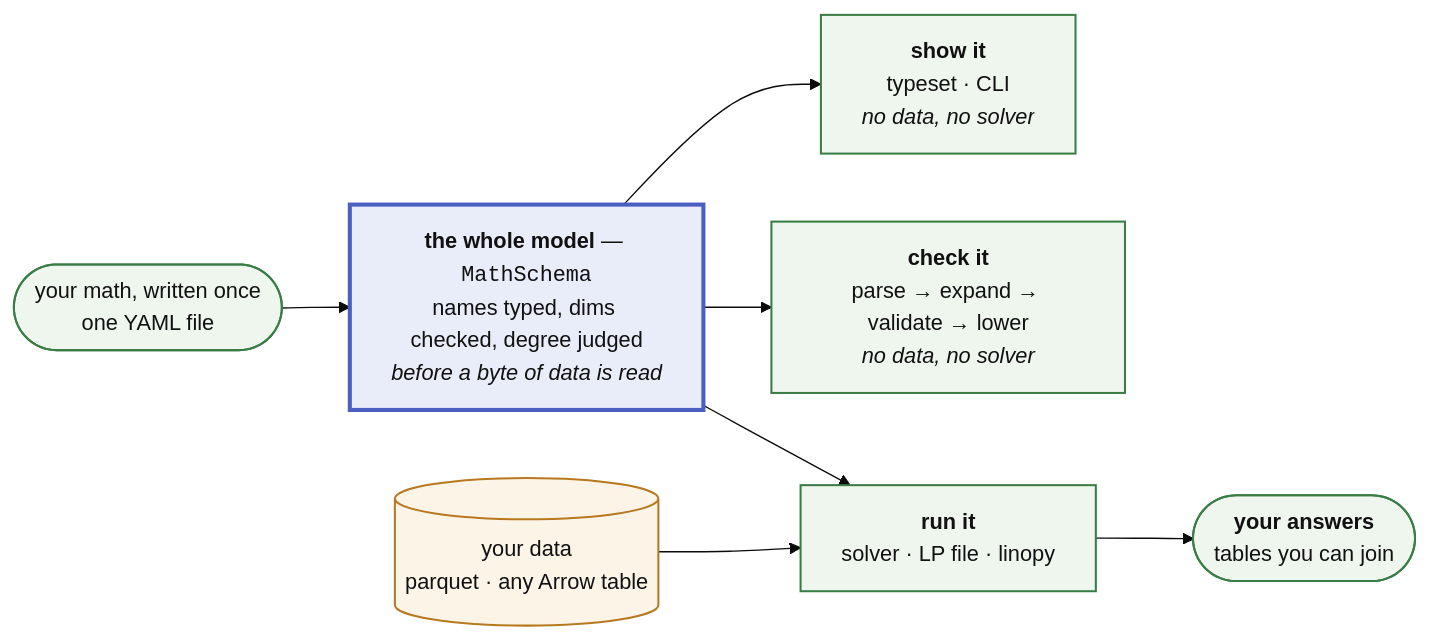
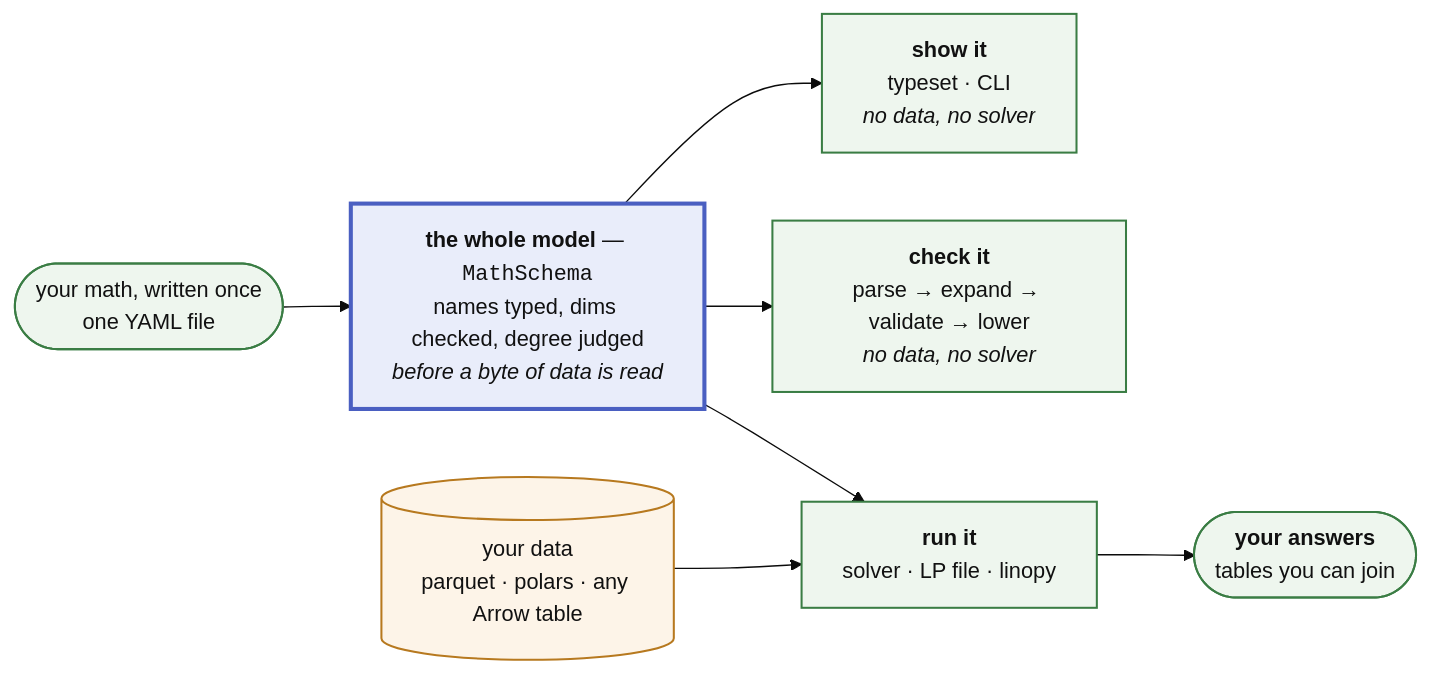
The second of 2 diagrams in docs/ARCHITECTURE.md (FBumann/farkas), drawn with Mermaid (base theme) before and after one commit. The commit also changed other lines of this file, not shown here.

Commit message:
docs(architecture): polars, not pandas, on the data cylinder
Listing pandas as an input shape on the pipeline diagram contradicts the
dependency story three sections below it — pandas is a bridge *out*, shipped
with the [linopy] extra, and the bare-install job runs the suite without it.

It was never needed on the label either: a pandas frame is accepted because it
exports the Arrow PyCapsule protocol, so "any Arrow table" already covers it.
Both cylinders now read parquet · polars · any Arrow table.

The remaining pandas mention is the unnamed-index positional fallback, which
is genuinely pandas-specific and stays.

````diff
--- a/docs/ARCHITECTURE.md
+++ b/docs/ARCHITECTURE.md
@@ -136,16 +136,16 @@
 ```mermaid
 flowchart LR
     Y(["your math, written once<br/>one YAML file"]) --> AST
     AST["<b>the whole model</b> — <code>MathSchema</code><br/>names typed, dims checked, degree judged<br/><i>before a byte of data is read</i>"]
     AST --> SHOW["<b>show it</b><br/>typeset · CLI<br/><i>no data, no solver</i>"]
     AST --> CHECK["<b>check it</b><br/>parse → expand → validate → lower<br/><i>no data, no solver</i>"]
     AST --> RUN["<b>run it</b><br/>solver · LP file · linopy"]
-    DATA[("your data<br/>parquet · any Arrow table")] --> RUN
+    DATA[("your data<br/>parquet · polars · any Arrow table")] --> RUN
     RUN --> ANS(["<b>your answers</b><br/>tables you can join"])
     classDef built fill:#eef6ee,stroke:#3a7d44,stroke-width:1.5px,color:#111
     classDef waist fill:#e9edfa,stroke:#4a5fc1,stroke-width:3px,color:#111
     classDef data fill:#fdf4e8,stroke:#b7791f,stroke-width:1.5px,color:#111
     class Y,SHOW,CHECK,RUN,ANS built
     class AST waist
     class DATA data
 ```
````
